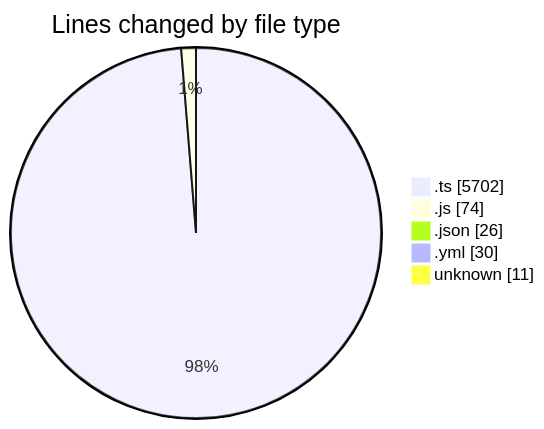
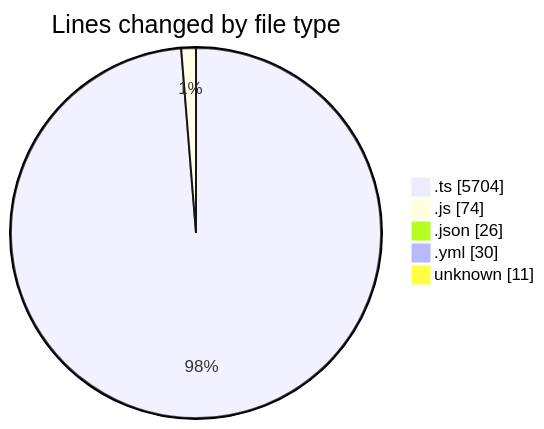
The first of 2 diagrams in 2026-02-07/singularitybrainai/README.md (tmsrecording-cyber/code-tracking), drawn with Mermaid before and after one commit. The commit also changed other lines of this file and 1 other file, not shown here.

````diff
--- a/2026-02-07/singularitybrainai/README.md
+++ b/2026-02-07/singularitybrainai/README.md
@@ -37,9 +37,9 @@
 ```mermaid
 pie showData
 title Lines changed by file type
-".ts" : 5702
+".ts" : 5704
 ".js" : 74
 ".json" : 26
 ".yml" : 30
 "unknown" : 11
 ```
````
